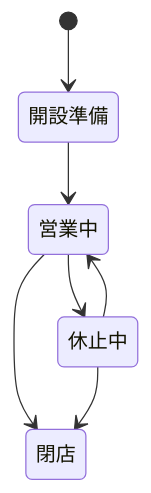
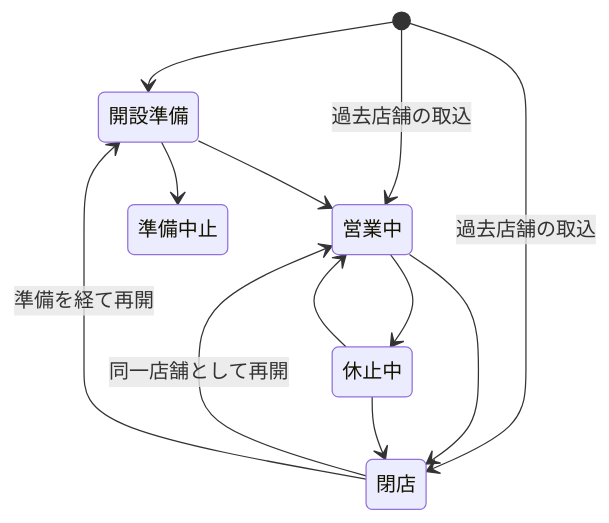
The third of 3 diagrams in docs/pharmacy/01-organization/store.md (SatohaCC/pharmacy-domain), drawn with Mermaid before and after one commit. The commit also changed other lines of this file and 6 other files, not shown here.

````diff
--- a/docs/pharmacy/01-organization/store.md
+++ b/docs/pharmacy/01-organization/store.md
@@ -54,9 +55,14 @@
 ```mermaid
 stateDiagram-v2
     [*] --> 開設準備
+    [*] --> 営業中: 過去店舗の取込
+    [*] --> 閉店: 過去店舗の取込
     開設準備 --> 営業中
+    開設準備 --> 準備中止
     営業中 --> 休止中
     休止中 --> 営業中
     営業中 --> 閉店
     休止中 --> 閉店
+    閉店 --> 営業中: 同一店舗として再開
+    閉店 --> 開設準備: 準備を経て再開
 ```
````
